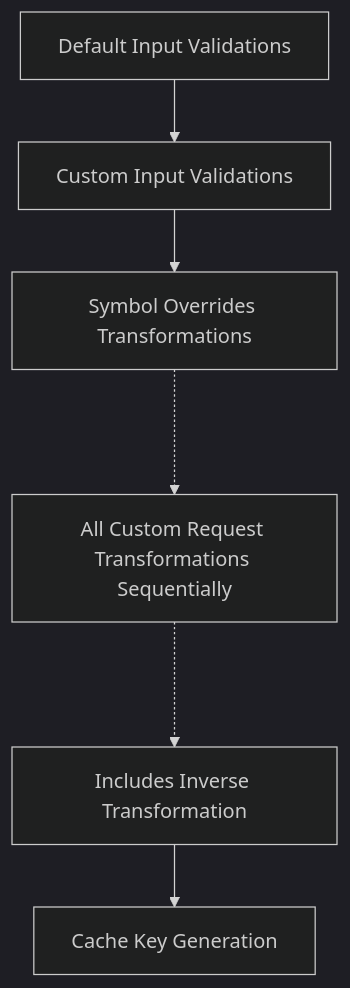
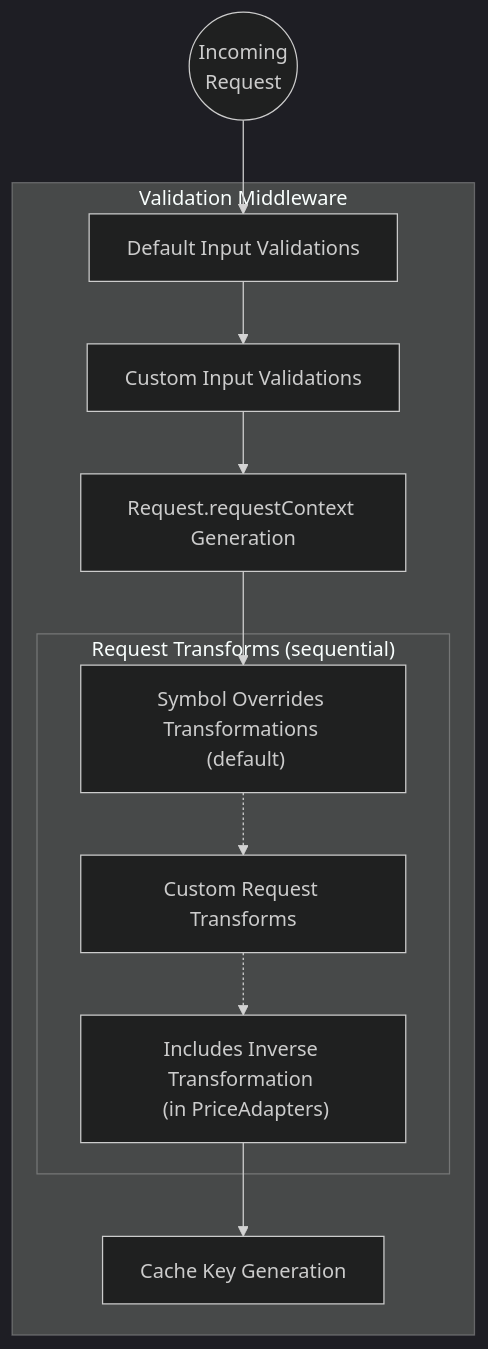
The diagram in docs/v3-ea-components/adapter.md (smartcontractkit/ea-framework-js), drawn with Mermaid (dark theme) before and after one commit. The commit also changed 3 other files, not shown here.

````diff
--- a/docs/v3-ea-components/adapter.md
+++ b/docs/v3-ea-components/adapter.md
@@ -148,4 +148,16 @@
 ```mermaid
 flowchart TD
-  A[Default Input Validations] --> B[Custom Input Validations] --> C[Symbol Overrides Transformations] -..-> D[All Custom Request Transformations Sequentially] -..-> E[Includes Inverse Transformation] --> F[Cache Key Generation]
+    R((Incoming \nRequest))
+    R --> A
+    subgraph Validation Middleware
+        A["Default Input Validations"] --> B
+        B["Custom Input Validations"] --> RC
+        RC[Request.requestContext Generation] --> C
+        subgraph "Request Transforms (sequential)"
+            C["Symbol Overrides Transformations \n (default)"] -.-> D
+            D["Custom Request Transforms"] -.-> E
+        end
+        E["Includes Inverse Transformation \n (in PriceAdapters)"] --> F
+        F[Cache Key Generation]
+    end
 ```
````
